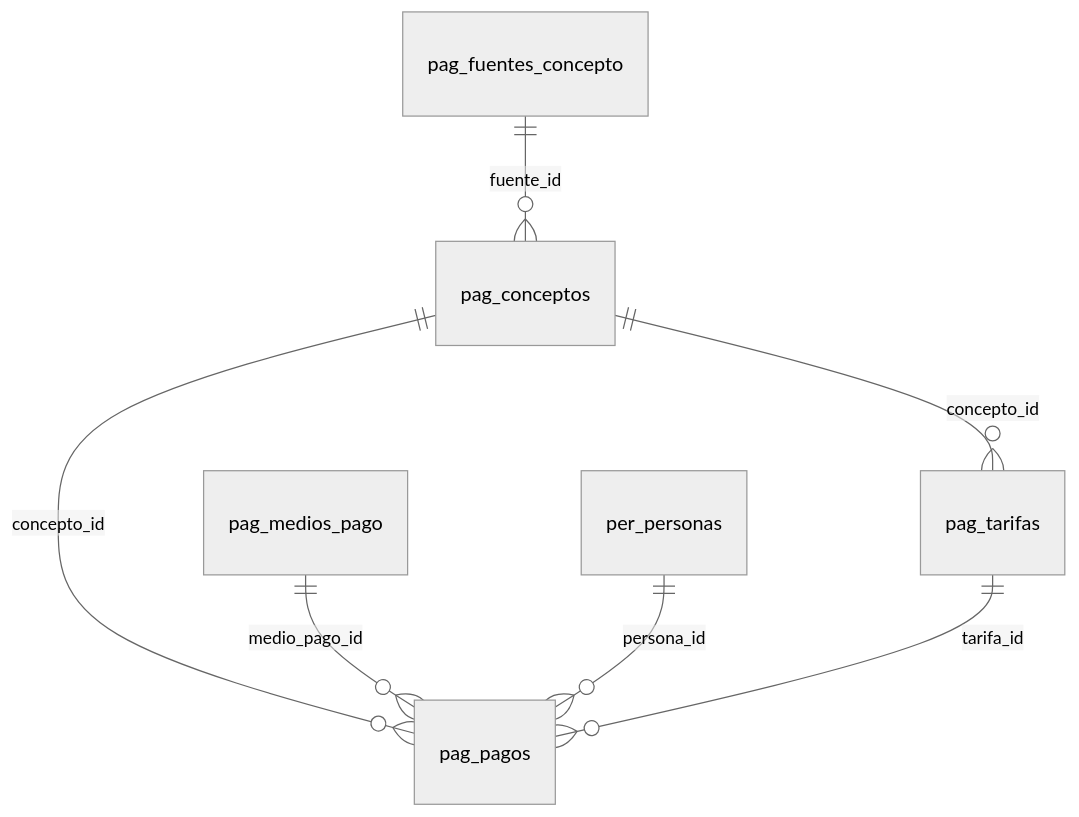
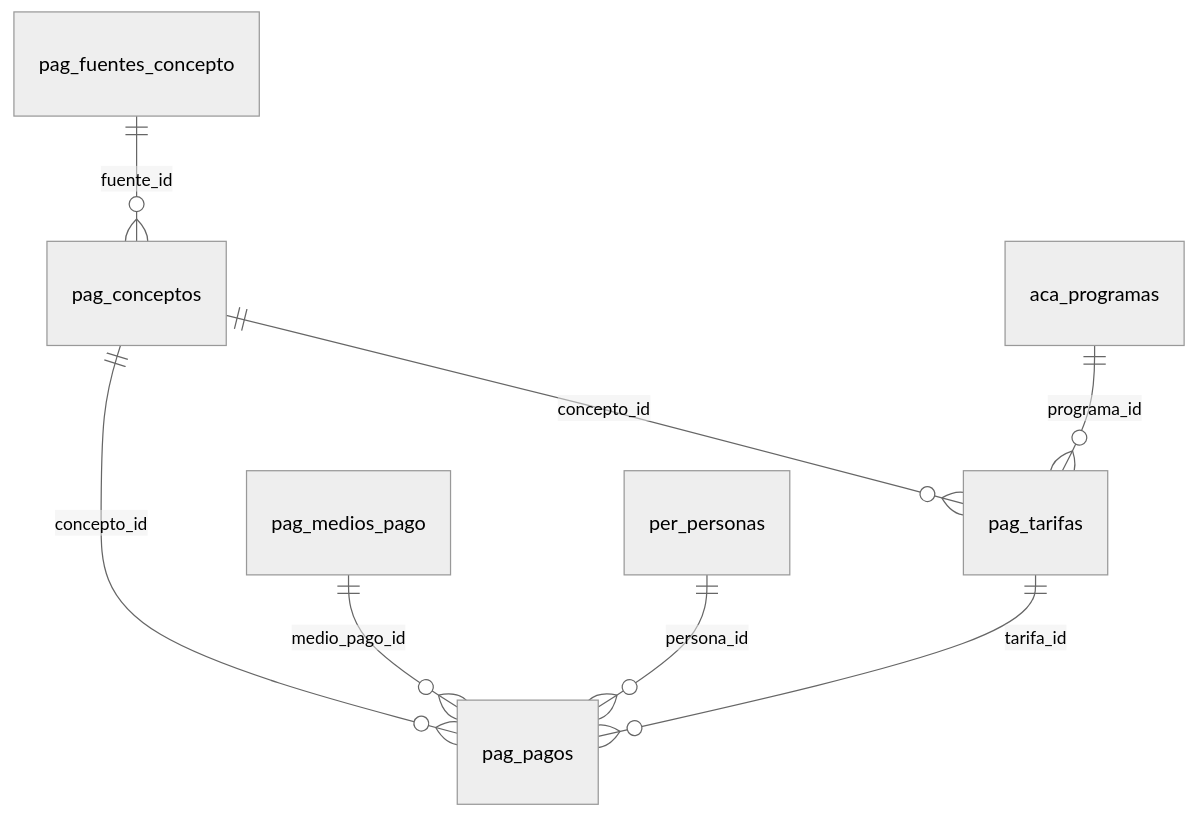
Before and after one commit to YomelBarretoFlores/cid-system: the third of 7 diagrams in docs/manuales/diccionario-de-datos.md, drawn with Mermaid (neutral theme). The commit also changed other lines of this file and 6 other files, not shown here.

````diff
--- a/docs/manuales/diccionario-de-datos.md
+++ b/docs/manuales/diccionario-de-datos.md
@@ -604,9 +643,10 @@
 ```mermaid
 erDiagram
     pag_fuentes_concepto ||--o{ pag_conceptos : "fuente_id"
     pag_conceptos ||--o{ pag_pagos : "concepto_id"
     pag_medios_pago ||--o{ pag_pagos : "medio_pago_id"
     per_personas ||--o{ pag_pagos : "persona_id"
     pag_tarifas ||--o{ pag_pagos : "tarifa_id"
     pag_conceptos ||--o{ pag_tarifas : "concepto_id"
+    aca_programas ||--o{ pag_tarifas : "programa_id"
 ```
````
